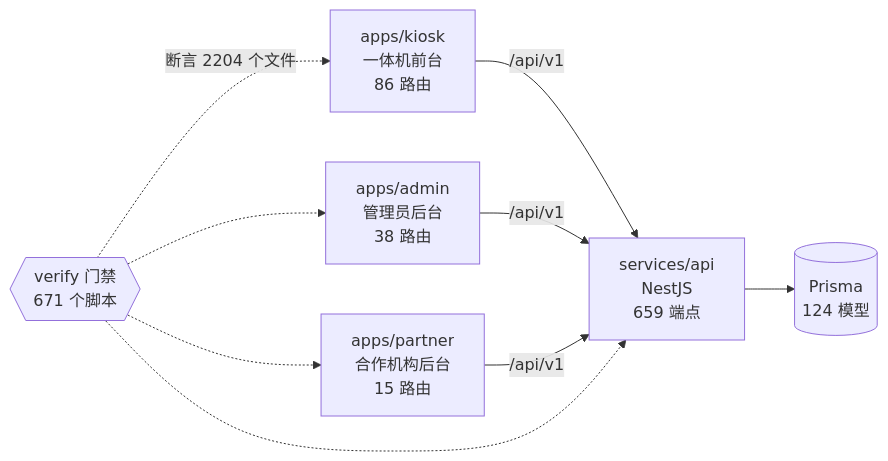
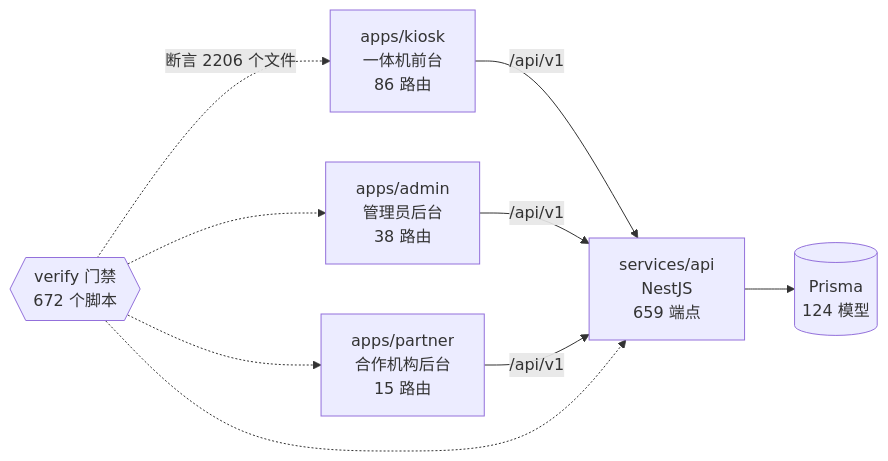
One commit to wanglei581/YITIJI changed the diagram in docs/graph/README.md. Above: the diagram before and after it, drawn with Mermaid. The commit also changed other lines of this file and 4 other files, not shown here.

First line of the commit message:
图谱跟上服务单拆分、部分唯一索引和 PostgreSQL 并发门禁。

````diff
--- a/docs/graph/README.md
+++ b/docs/graph/README.md
@@ -68,18 +68,18 @@
 ```mermaid
 flowchart LR
   kiosk["apps/kiosk<br/>一体机前台<br/>86 路由"]
   admin["apps/admin<br/>管理员后台<br/>38 路由"]
   partner["apps/partner<br/>合作机构后台<br/>15 路由"]
   api["services/api<br/>NestJS<br/>659 端点"]
   db[("Prisma<br/>124 模型")]
-  gates{{"verify 门禁<br/>671 个脚本"}}
+  gates{{"verify 门禁<br/>672 个脚本"}}
 
   kiosk -->|"/api/v1"| api
   admin -->|"/api/v1"| api
   partner -->|"/api/v1"| api
   api --> db
-  gates -.->|"断言 2204 个文件"| kiosk
+  gates -.->|"断言 2206 个文件"| kiosk
   gates -.-> admin
   gates -.-> partner
   gates -.-> api
 ```
````
